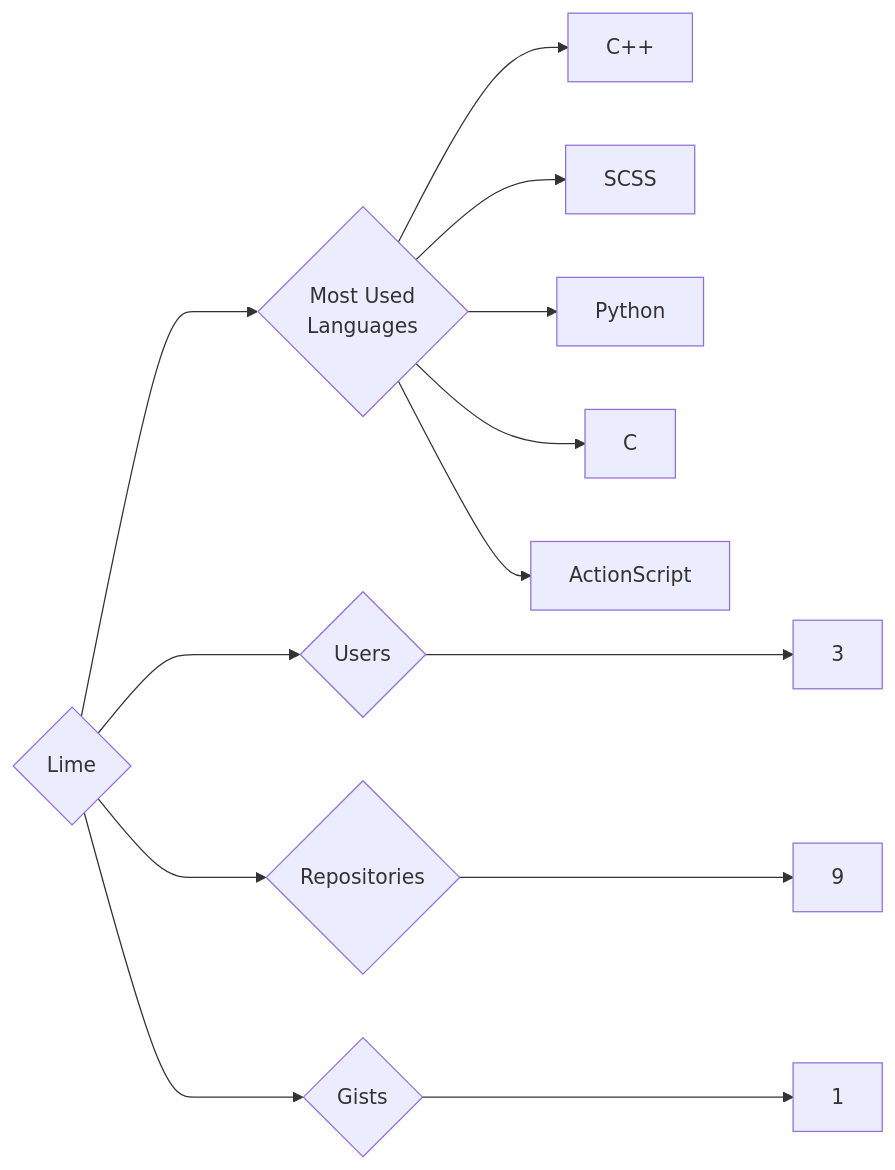
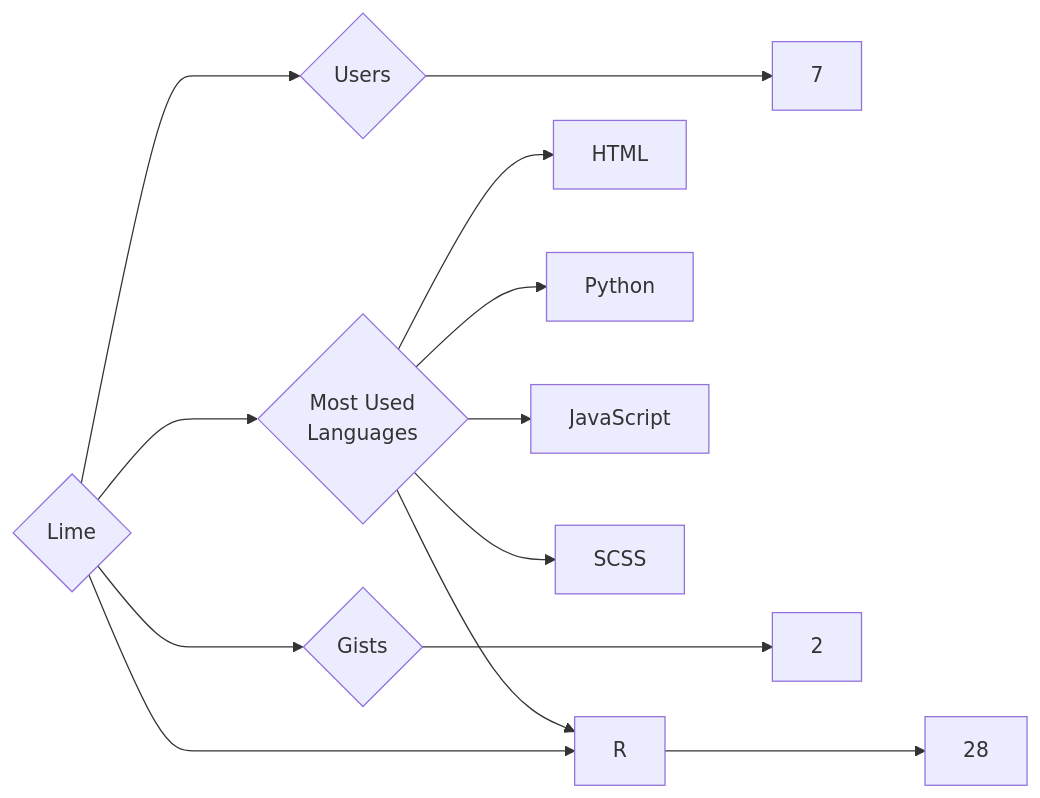
One commit to trickest/insiders changed the diagram in targets/Lime/README.md. Above: the diagram before and after it, drawn with Mermaid. The commit also changed 1479 other files, not shown here.

````diff
--- a/targets/Lime/README.md
+++ b/targets/Lime/README.md
@@ -3,13 +3,13 @@
 ```mermaid
 graph LR
 COMPANY_NAME{Lime}
-COMPANY_NAME ---> U{Users} ---> UN[3]
-COMPANY_NAME ---> R{Repositories} ---> RN[9]
-COMPANY_NAME ---> G{Gists} ---> GN[1]
+COMPANY_NAME ---> U{Users} ---> UN[7]
+COMPANY_NAME ---> R{Repositories} ---> RN[28]
+COMPANY_NAME ---> G{Gists} ---> GN[2]
 COMPANY_NAME ---> ML{Most Used<br>Languages}
-ML --> C++[C++]
+ML --> HTML[HTML]
+ML --> R[R]
+ML --> Python[Python]
+ML --> JavaScript[JavaScript]
 ML --> SCSS[SCSS]
-ML --> Python[Python]
-ML --> C[C]
-ML --> ActionScript[ActionScript]
 ```
````
